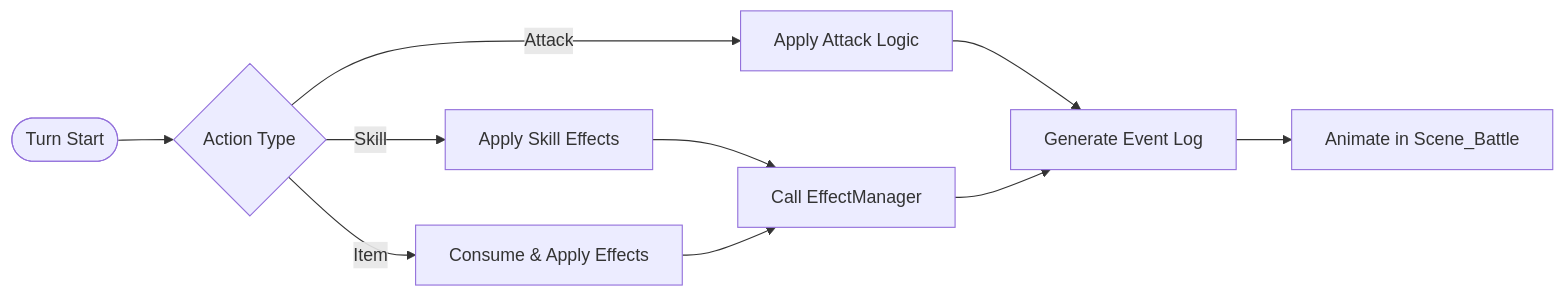
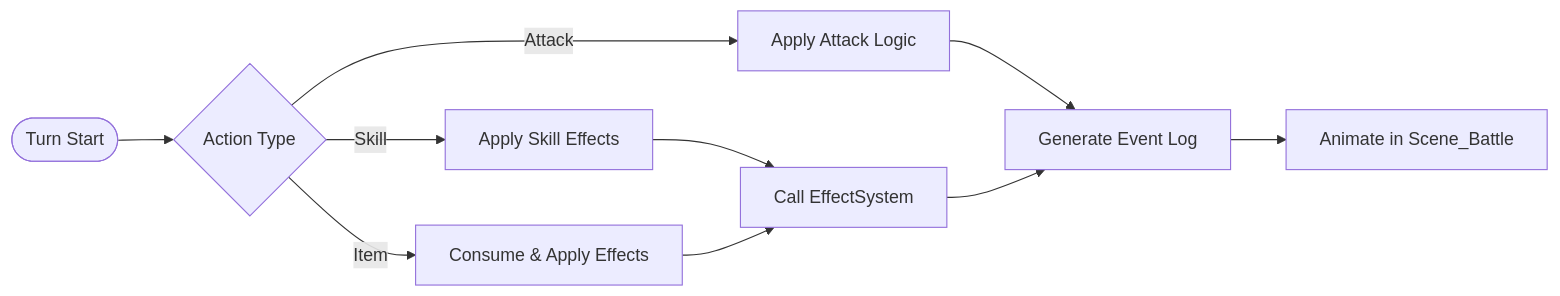
Before and after one commit to JosephSerUSP/Stillnight-Win3.1: the second of 2 diagrams in doc/ARCHITECTURE.md, drawn with Mermaid. The commit also changed other lines of this file and 3 other files, not shown here.

First line of the commit message:
chore: update architecture docs to match implementation

````diff
--- a/doc/ARCHITECTURE.md
+++ b/doc/ARCHITECTURE.md
@@ -157,14 +155,14 @@
 ```mermaid
 flowchart LR
     Start([Turn Start]) --> Select{Action Type}
     Select -->|Attack| Atk[Apply Attack Logic]
     Select -->|Skill| Skill[Apply Skill Effects]
     Select -->|Item| Item[Consume & Apply Effects]
 
     Atk --> Events[Generate Event Log]
-    Skill --> EffectMgr[Call EffectManager]
-    Item --> EffectMgr
+    Skill --> EffectSys[Call EffectSystem]
+    Item --> EffectSys
 
-    EffectMgr --> Events
+    EffectSys --> Events
     Events --> UI[Animate in Scene_Battle]
 ```
````
